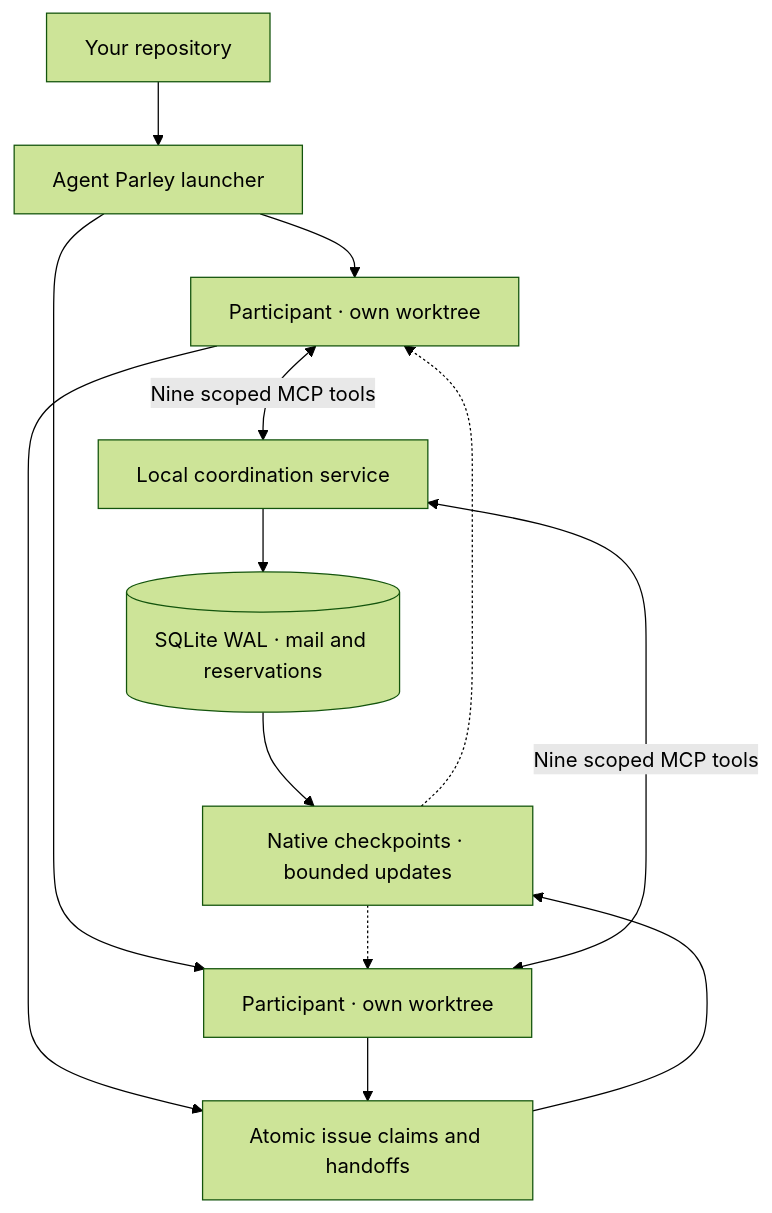
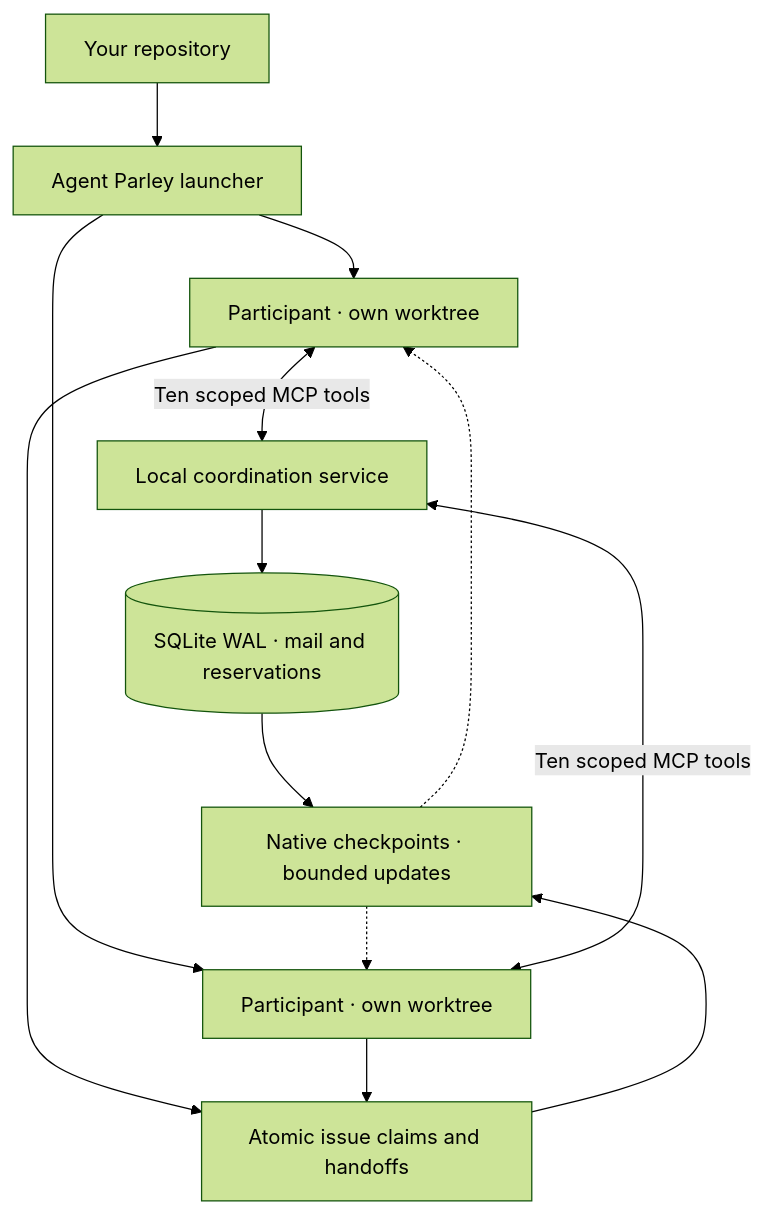
The diagram in README.md (suneel944/agent-parley), drawn with Mermaid (forest theme) before and after one commit. The commit also changed other lines of this file and 11 other files, not shown here.

````diff
--- a/README.md
+++ b/README.md
@@ -801,15 +814,15 @@
 ```mermaid
 flowchart TD
     Repo[Your repository] --> Launcher[Agent Parley launcher]
     Launcher --> Claude[Participant · own worktree]
     Launcher --> Codex[Participant · own worktree]
-    Claude <-->|Nine scoped MCP tools| Server[Local coordination service]
-    Codex <-->|Nine scoped MCP tools| Server
+    Claude <-->|Ten scoped MCP tools| Server[Local coordination service]
+    Codex <-->|Ten scoped MCP tools| Server
     Server --> DB[(SQLite WAL · mail and reservations)]
     Claude --> Claims[Atomic issue claims and handoffs]
     Codex --> Claims
     DB --> Hooks[Native checkpoints · bounded updates]
     Claims --> Hooks
     Hooks -.-> Claude
     Hooks -.-> Codex
 ```
````
